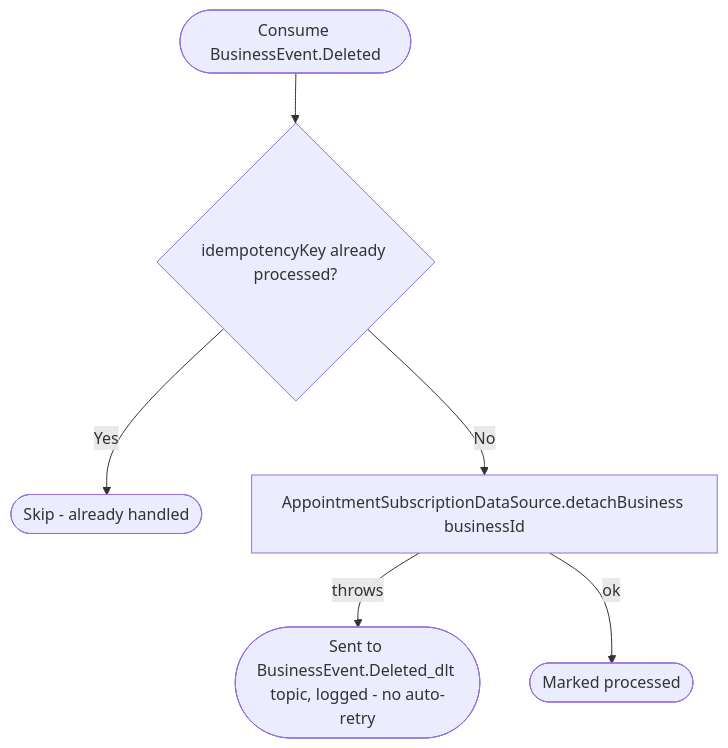
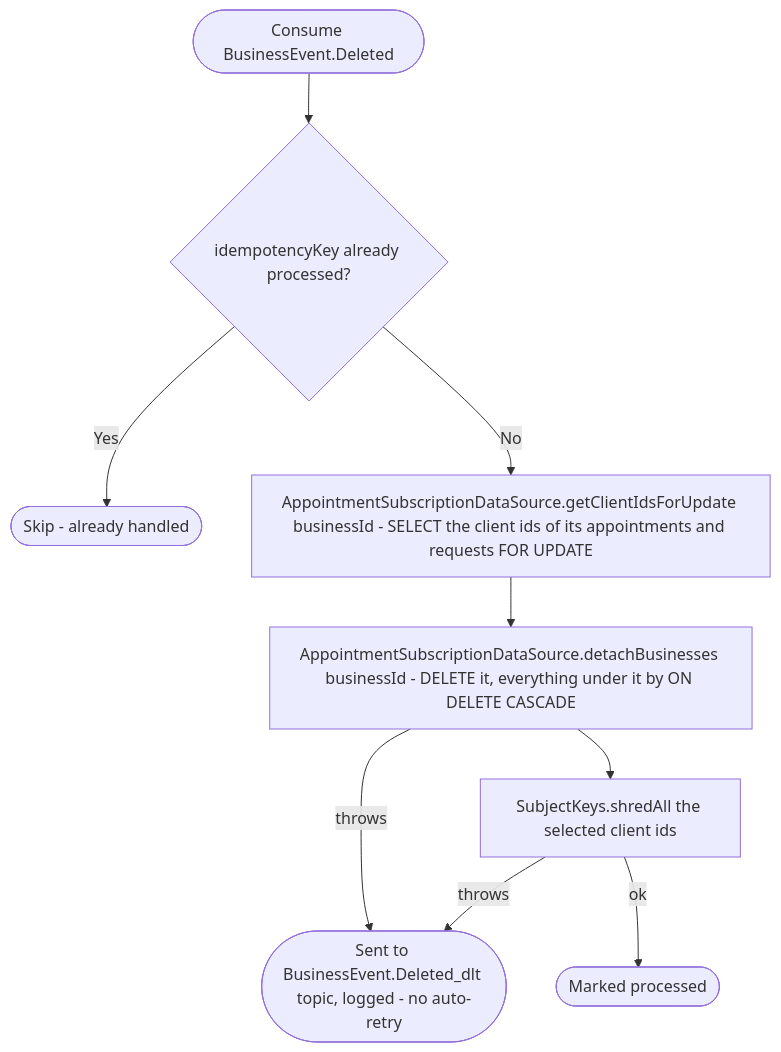
Before and after one commit to nocturneproperties/bookkme: the diagram in docs/operations/appointments/on-business-deleted.md, drawn with Mermaid. The commit also changed other lines of this file and 82 other files, not shown here.

Commit message:
[ISSUE-157] shred keys on entity removal

````diff
--- a/docs/operations/appointments/on-business-deleted.md
+++ b/docs/operations/appointments/on-business-deleted.md
@@ -20,8 +20,11 @@
 ```mermaid
 flowchart TD
     Start([Consume BusinessEvent.Deleted]) --> Dedup{idempotencyKey already processed?}
     Dedup -- Yes --> Skip([Skip - already handled])
-    Dedup -- No --> Detach[AppointmentSubscriptionDataSource.detachBusiness businessId]
+    Dedup -- No --> Select["AppointmentSubscriptionDataSource.getClientIdsForUpdate businessId - SELECT the client ids of its appointments and requests FOR UPDATE"]
+    Select --> Detach["AppointmentSubscriptionDataSource.detachBusinesses businessId - DELETE it, everything under it by ON DELETE CASCADE"]
+    Detach --> Shred["SubjectKeys.shredAll the selected client ids"]
     Detach -- throws --> Dlt([Sent to BusinessEvent.Deleted_dlt topic, logged - no auto-retry])
-    Detach -- ok --> Ack([Marked processed])
+    Shred -- throws --> Dlt
+    Shred -- ok --> Ack([Marked processed])
 ```
````
